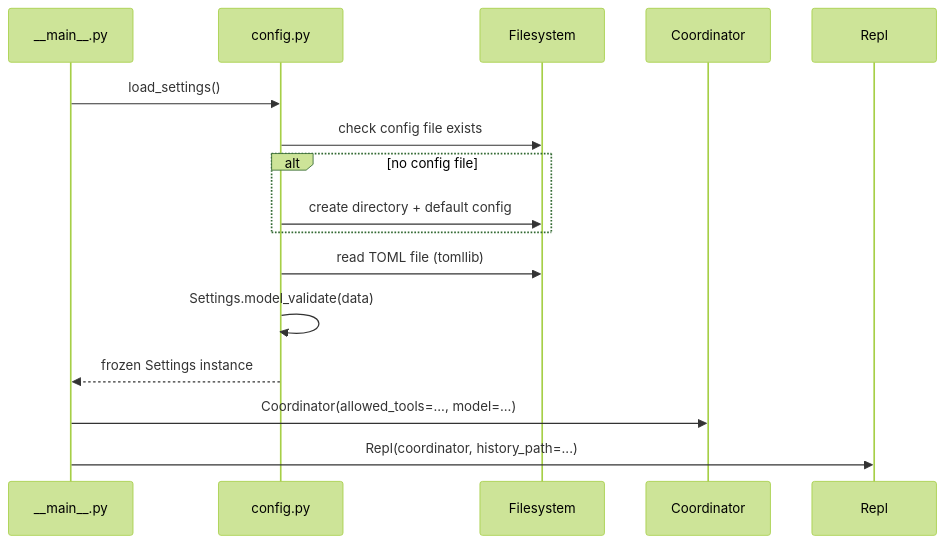
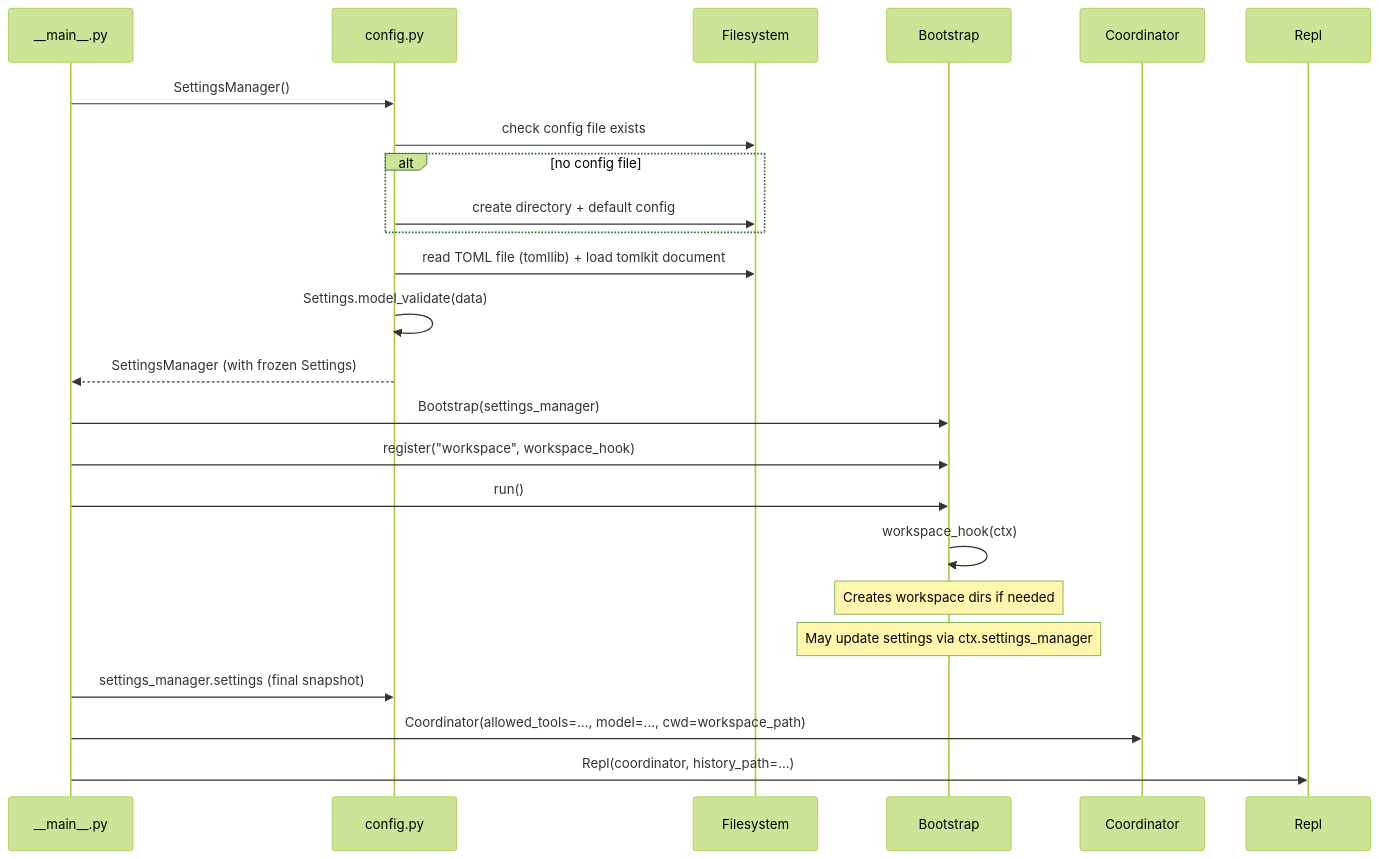
One commit to asermax/tachikoma changed the first of 2 diagrams in docs/feature-designs/configuration/config-system.md. Above: the diagram before and after it, drawn with Mermaid (forest theme). The commit also changed other lines of this file and 11 other files, not shown here.

````diff
--- a/docs/feature-designs/configuration/config-system.md
+++ b/docs/feature-designs/configuration/config-system.md
@@ -40,20 +40,29 @@
 ```mermaid
 sequenceDiagram
     participant Main as __main__.py
     participant Config as config.py
     participant FS as Filesystem
+    participant Boot as Bootstrap
     participant Coord as Coordinator
     participant Repl as Repl
 
-    Main->>Config: load_settings()
+    Main->>Config: SettingsManager()
     Config->>FS: check config file exists
     alt no config file
         Config->>FS: create directory + default config
     end
-    Config->>FS: read TOML file (tomllib)
+    Config->>FS: read TOML file (tomllib) + load tomlkit document
     Config->>Config: Settings.model_validate(data)
-    Config-->>Main: frozen Settings instance
+    Config-->>Main: SettingsManager (with frozen Settings)
 
-    Main->>Coord: Coordinator(allowed_tools=..., model=...)
+    Main->>Boot: Bootstrap(settings_manager)
+    Main->>Boot: register("workspace", workspace_hook)
+    Main->>Boot: run()
+    Boot->>Boot: workspace_hook(ctx)
+    Note over Boot: Creates workspace dirs if needed
+    Note over Boot: May update settings via ctx.settings_manager
+
+    Main->>Config: settings_manager.settings (final snapshot)
+    Main->>Coord: Coordinator(allowed_tools=..., model=..., cwd=workspace_path)
     Main->>Repl: Repl(coordinator, history_path=...)
 ```
````
